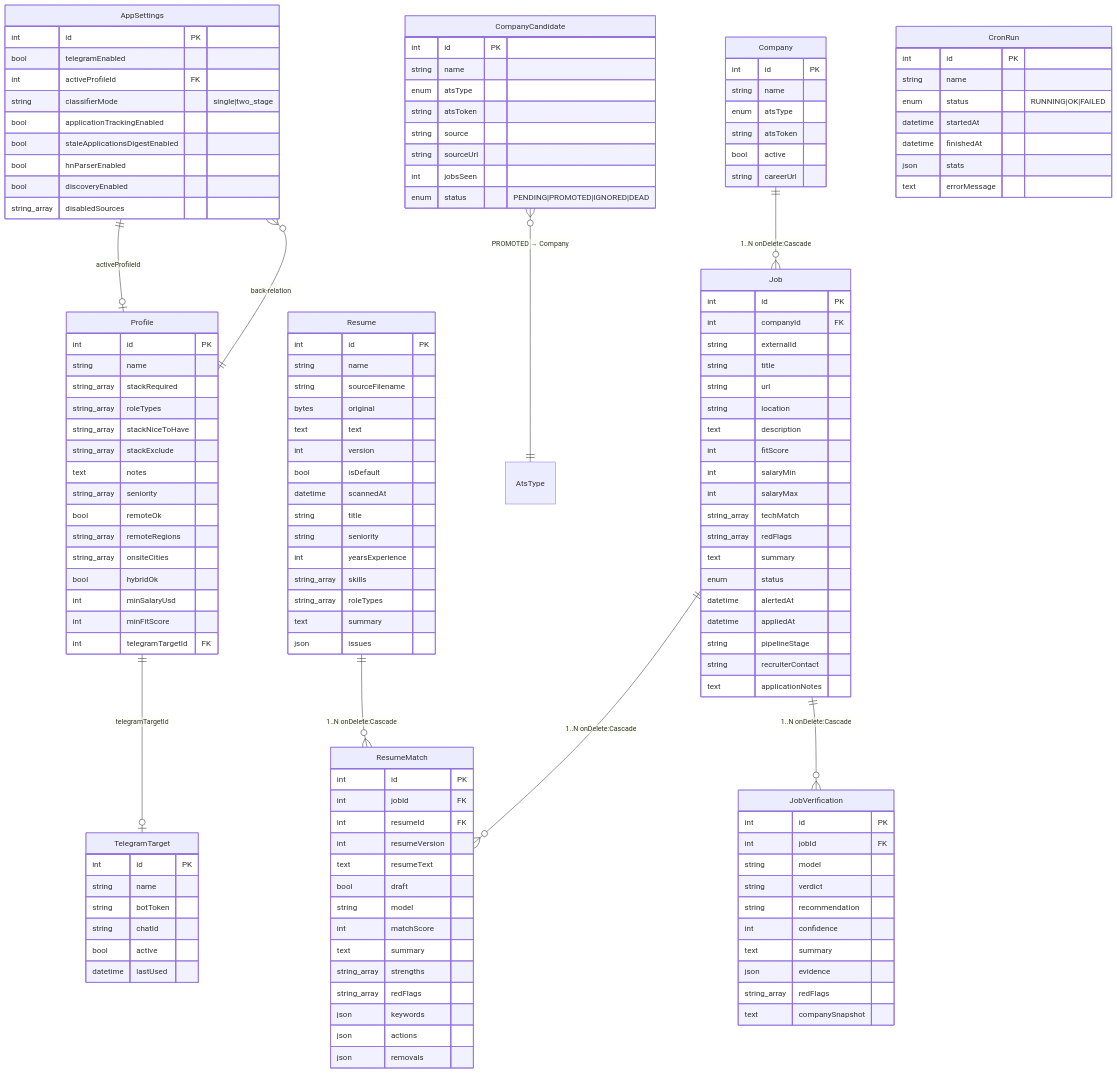
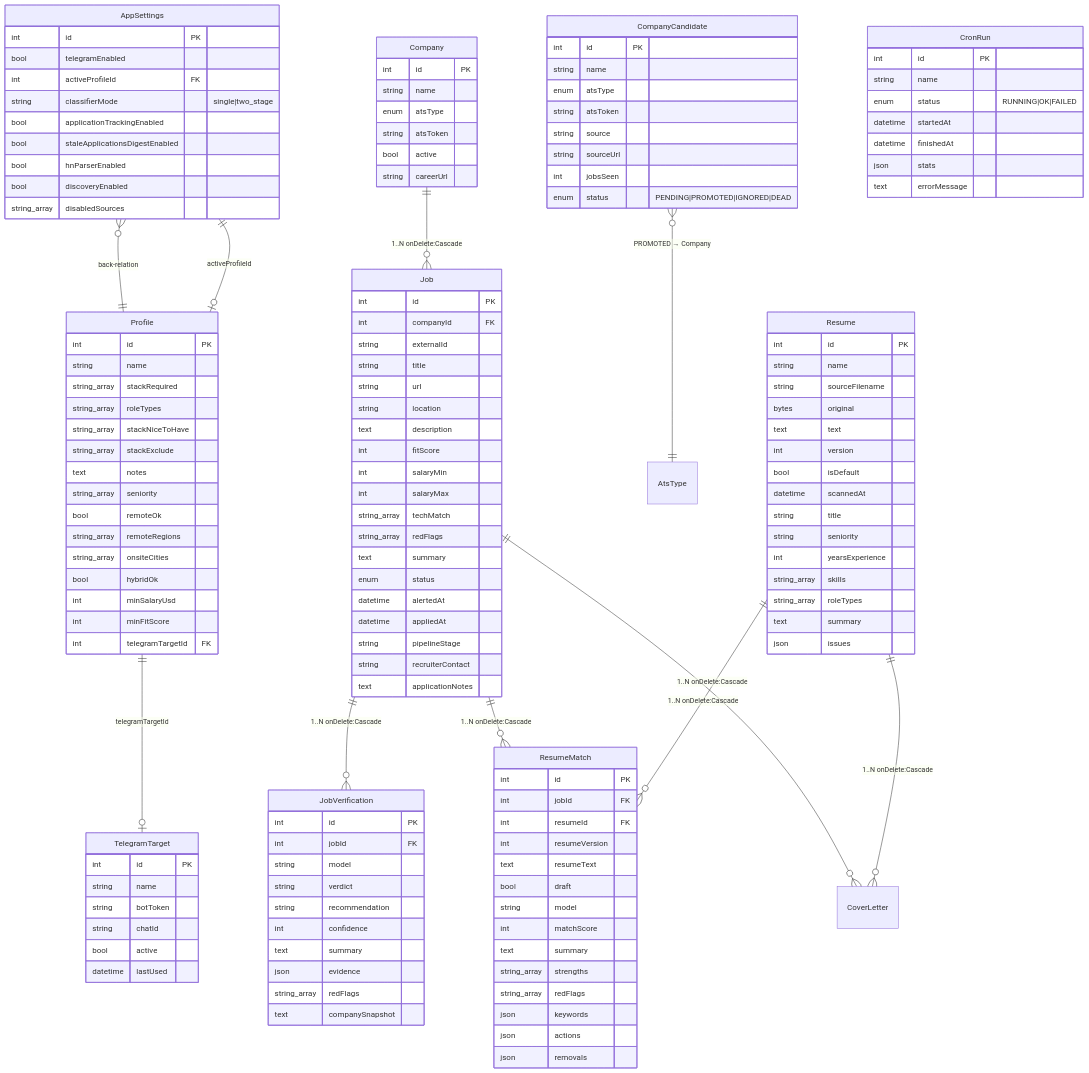
The fifth of 5 diagrams in ARCHITECTURE.md (applypack/applypack), drawn with Mermaid before and after one commit. The commit also changed other lines of this file and 3 other files, not shown here.

```diff
--- a/ARCHITECTURE.md
+++ b/ARCHITECTURE.md
@@ -329,6 +335,8 @@
   Resume ||--o{ ResumeMatch : "1..N onDelete:Cascade"
   Job ||--o{ ResumeMatch : "1..N onDelete:Cascade"
   Job ||--o{ JobVerification : "1..N onDelete:Cascade"
+  Resume ||--o{ CoverLetter : "1..N onDelete:Cascade"
+  Job ||--o{ CoverLetter : "1..N onDelete:Cascade"
 
   AppSettings {
     int id PK
```
